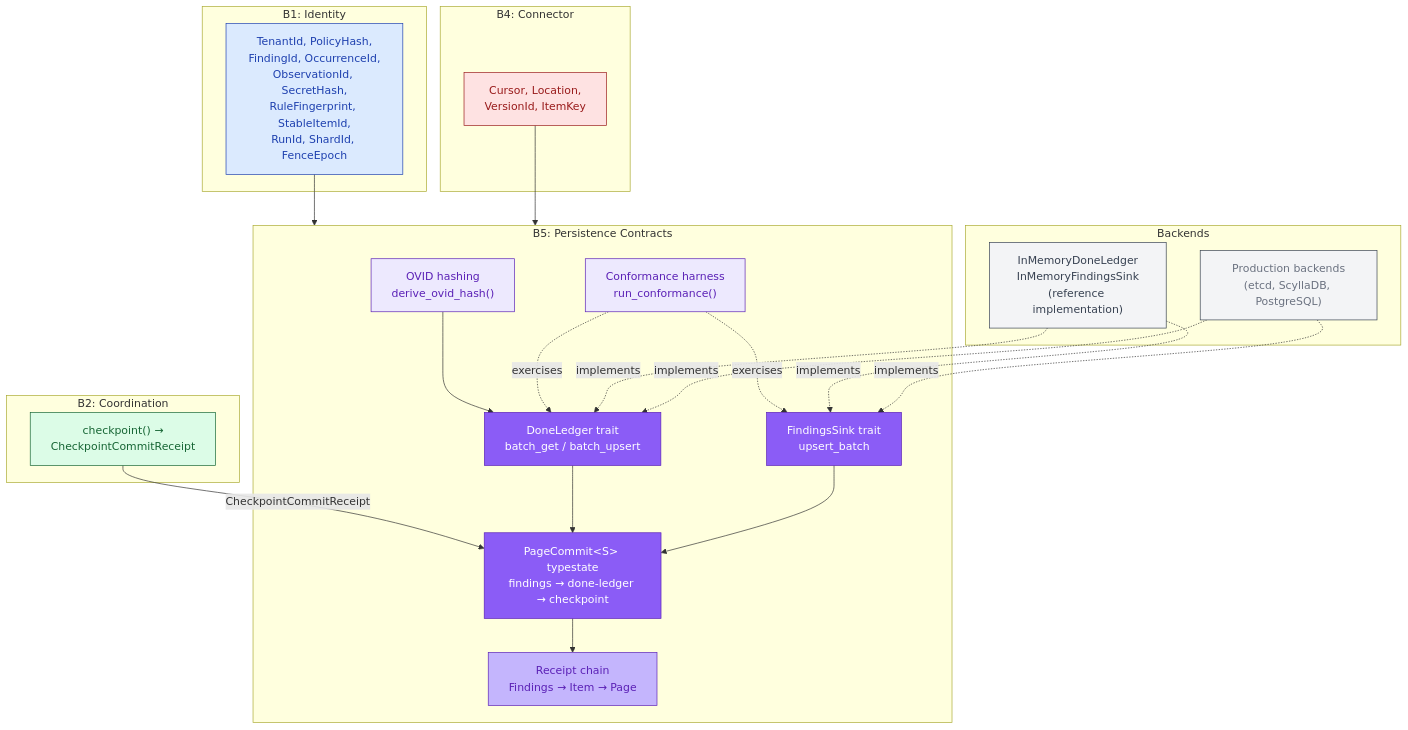
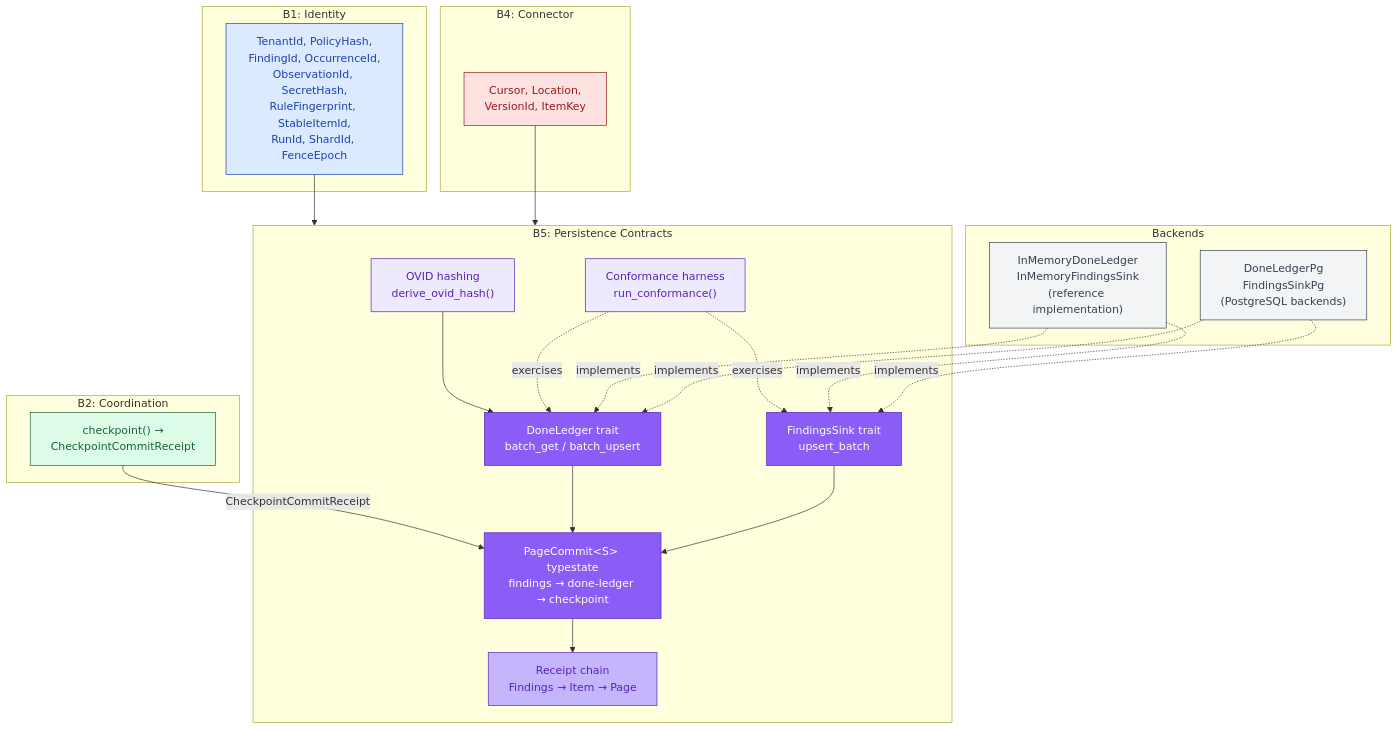
One commit to ahrav/Gossip-rs changed the sixth of 6 diagrams in diagrams/19-persistence-contracts.md. Above: the diagram before and after it, drawn with Mermaid. The commit also changed other lines of this file and 3 other files, not shown here.

First line of the commit message:
Update diagrams for new persistence crates

````diff
--- a/diagrams/19-persistence-contracts.md
+++ b/diagrams/19-persistence-contracts.md
@@ -423,58 +423,58 @@
 ```mermaid
 %% Diagram: persistence-contract-surface
 graph TB
     subgraph B1 ["B1: Identity"]
         IDS["TenantId, PolicyHash,<br/>FindingId, OccurrenceId,<br/>ObservationId, SecretHash,<br/>RuleFingerprint, StableItemId,<br/>RunId, ShardId, FenceEpoch"]
     end
 
     subgraph B4 ["B4: Connector"]
         CONN["Cursor, Location,<br/>VersionId, ItemKey"]
     end
 
     subgraph B2 ["B2: Coordination"]
         COORD["checkpoint() →<br/>CheckpointCommitReceipt"]
     end
 
     subgraph B5 ["B5: Persistence Contracts"]
         OVID_MOD["OVID hashing<br/>derive_ovid_hash()"]
         DL_MOD["DoneLedger trait<br/>batch_get / batch_upsert"]
         FS_MOD["FindingsSink trait<br/>upsert_batch"]
         PC_MOD["PageCommit&lt;S&gt; typestate<br/>findings → done-ledger → checkpoint"]
         RECEIPTS["Receipt chain<br/>Findings → Item → Page"]
         CONFORM["Conformance harness<br/>run_conformance()"]
     end
 
     subgraph backends ["Backends"]
         INMEM["InMemoryDoneLedger<br/>InMemoryFindingsSink<br/>(reference implementation)"]
-        FUTURE["Production backends<br/>(etcd, ScyllaDB, PostgreSQL)"]
+        PG["DoneLedgerPg<br/>FindingsSinkPg<br/>(PostgreSQL backends)"]
     end
 
     IDS --> B5
     CONN --> B5
     COORD -->|"CheckpointCommitReceipt"| PC_MOD
     OVID_MOD --> DL_MOD
     DL_MOD --> PC_MOD
     FS_MOD --> PC_MOD
     PC_MOD --> RECEIPTS
     CONFORM -.->|"exercises"| DL_MOD
     CONFORM -.->|"exercises"| FS_MOD
 
     INMEM -.->|"implements"| DL_MOD
     INMEM -.->|"implements"| FS_MOD
-    FUTURE -.->|"implements"| DL_MOD
-    FUTURE -.->|"implements"| FS_MOD
+    PG -.->|"implements"| DL_MOD
+    PG -.->|"implements"| FS_MOD
 
     style IDS fill:#DBEAFE,stroke:#1E40AF,color:#1E40AF
     style CONN fill:#FEE2E2,stroke:#991B1B,color:#991B1B
     style COORD fill:#DCFCE7,stroke:#166534,color:#166534
 
     style OVID_MOD fill:#EDE9FE,stroke:#5B21B6,color:#5B21B6
     style DL_MOD fill:#8B5CF6,stroke:#5B21B6,color:#FFF
     style FS_MOD fill:#8B5CF6,stroke:#5B21B6,color:#FFF
     style PC_MOD fill:#8B5CF6,stroke:#5B21B6,color:#FFF
     style RECEIPTS fill:#C4B5FD,stroke:#5B21B6,color:#5B21B6
     style CONFORM fill:#EDE9FE,stroke:#5B21B6,color:#5B21B6
 
     style INMEM fill:#F3F4F6,stroke:#374151,color:#374151
-    style FUTURE fill:#F3F4F6,stroke:#374151,color:#6B7280
+    style PG fill:#F3F4F6,stroke:#374151,color:#374151
 ```
````
